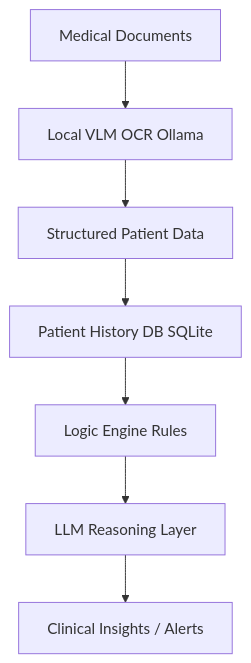
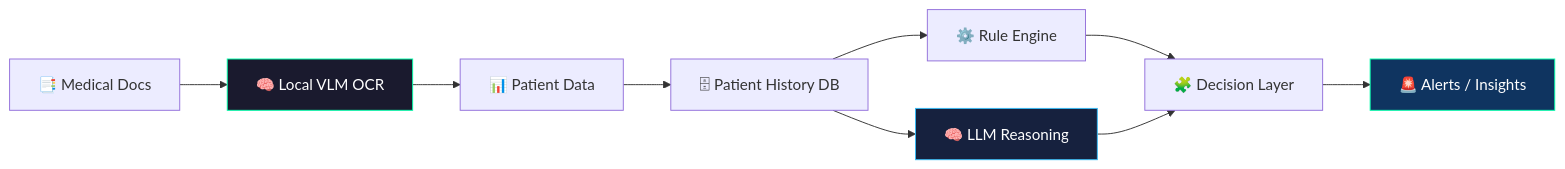
One commit to pypi-ahmad/pypi-ahmad changed the third of 3 diagrams in README.md. Above: the diagram before and after it, drawn with Mermaid. The commit also changed other lines of this file, not shown here.

````diff
--- a/README.md
+++ b/README.md
@@ -402,9 +432,19 @@
 ```mermaid
-graph TD;
-    A[Medical Documents] --> B[Local VLM OCR Ollama];
-    B --> C[Structured Patient Data];
-    C --> D[Patient History DB SQLite];
-    D --> E[Logic Engine Rules];
-    E --> F[LLM Reasoning Layer];
-    F --> G[Clinical Insights / Alerts];
+flowchart LR
+    A[📑 Medical Docs] --> B[🧠 Local VLM OCR]
+
+    B --> C[📊 Patient Data]
+    C --> D[🗄 Patient History DB]
+
+    D --> E1[⚙️ Rule Engine]
+    D --> E2[🧠 LLM Reasoning]
+
+    E1 --> F[🧩 Decision Layer]
+    E2 --> F
+
+    F --> G[🚨 Alerts / Insights]
+
+    style B fill:#1a1a2e,stroke:#00FFAA,color:#fff
+    style E2 fill:#16213e,stroke:#36BCF7,color:#fff
+    style G fill:#0f3460,stroke:#00FFAA,color:#fff
 ```
````
